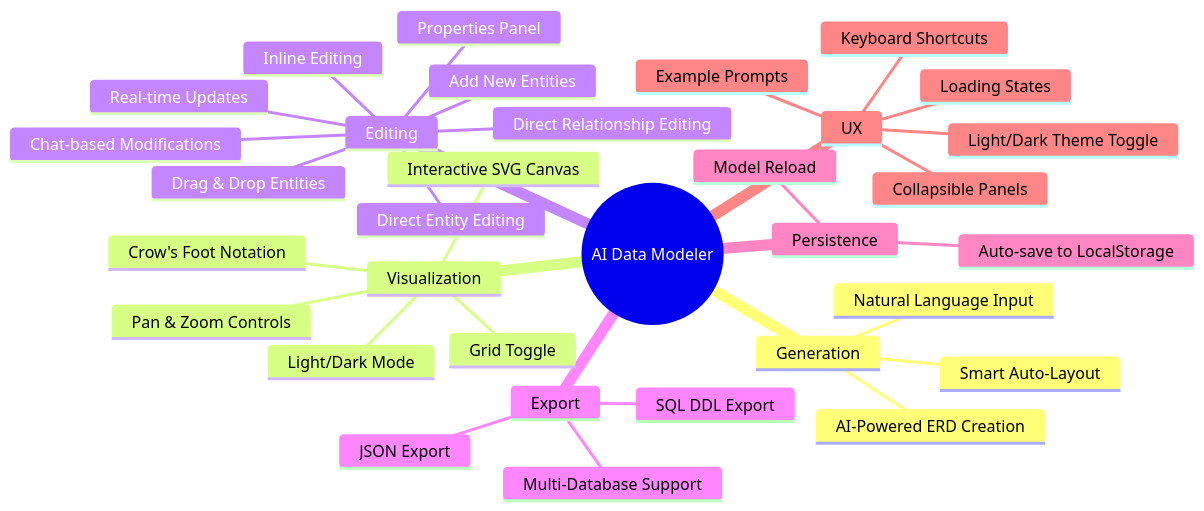
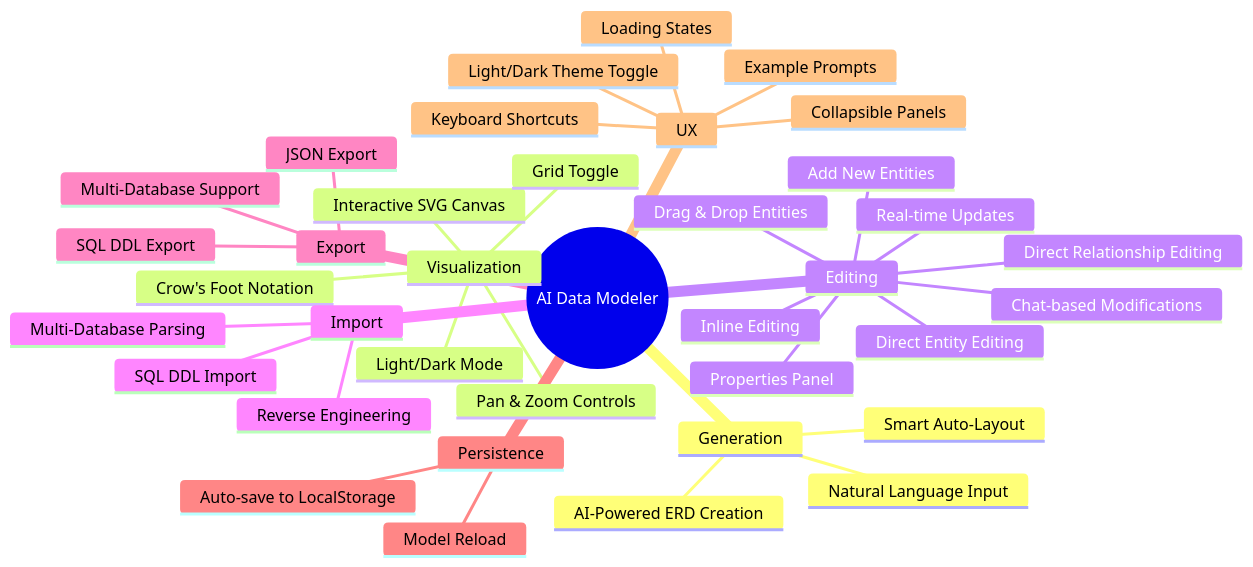
Before and after one commit to pandeyraunak007/ai-data-modeler: the tenth of 15 diagrams in Guide.md, drawn with Mermaid. The commit also changed other lines of this file, not shown here.

First line of the commit message:
Update Guide.md with SQL import feature and creator credit

````diff
--- a/Guide.md
+++ b/Guide.md
@@ -352,36 +354,40 @@
 ```mermaid
 mindmap
     root((AI Data Modeler))
         Generation
             Natural Language Input
             AI-Powered ERD Creation
             Smart Auto-Layout
         Visualization
             Interactive SVG Canvas
             Crow's Foot Notation
             Pan & Zoom Controls
             Grid Toggle
             Light/Dark Mode
         Editing
             Drag & Drop Entities
             Chat-based Modifications
             Direct Entity Editing
             Direct Relationship Editing
             Properties Panel
             Inline Editing
             Add New Entities
             Real-time Updates
+        Import
+            SQL DDL Import
+            Reverse Engineering
+            Multi-Database Parsing
         Export
             JSON Export
             SQL DDL Export
             Multi-Database Support
         Persistence
             Auto-save to LocalStorage
             Model Reload
         UX
             Light/Dark Theme Toggle
             Keyboard Shortcuts
             Example Prompts
             Loading States
             Collapsible Panels
 ```
````
